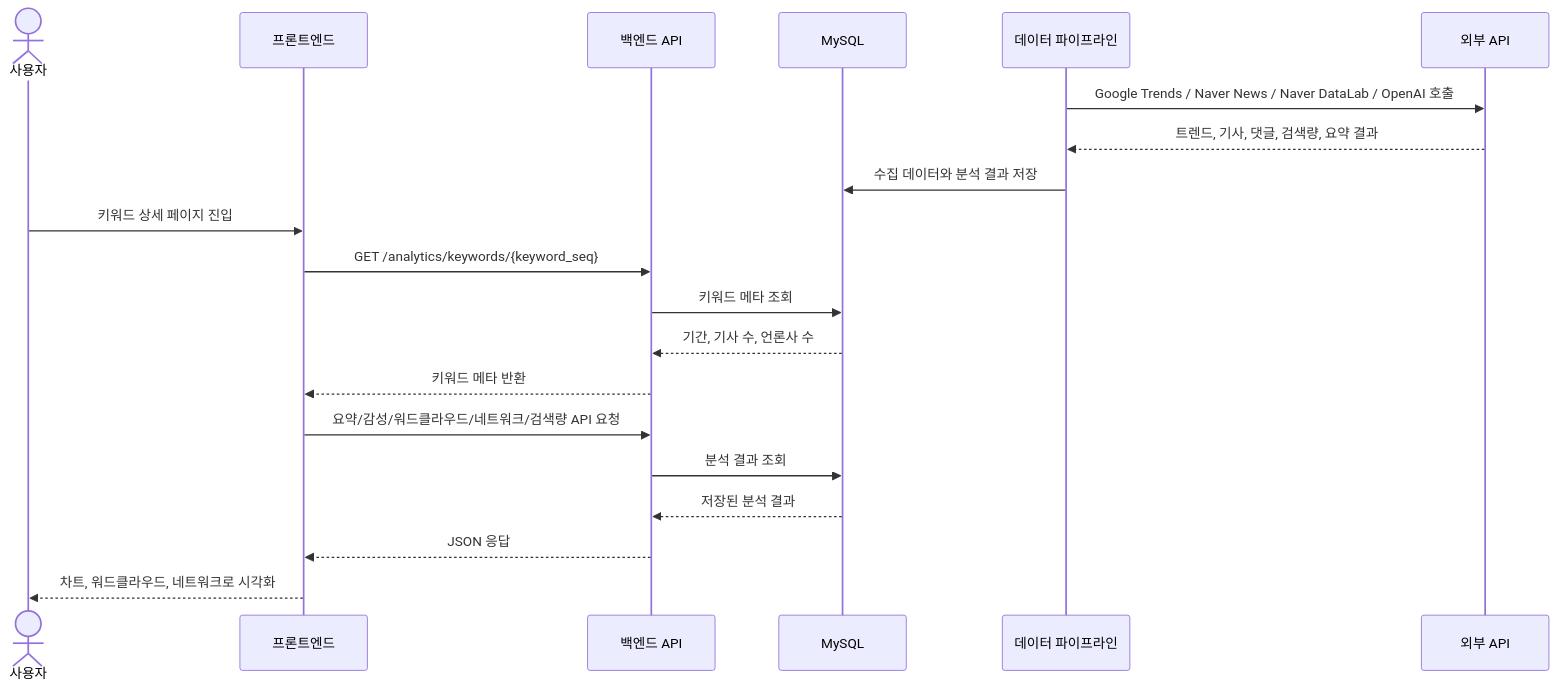
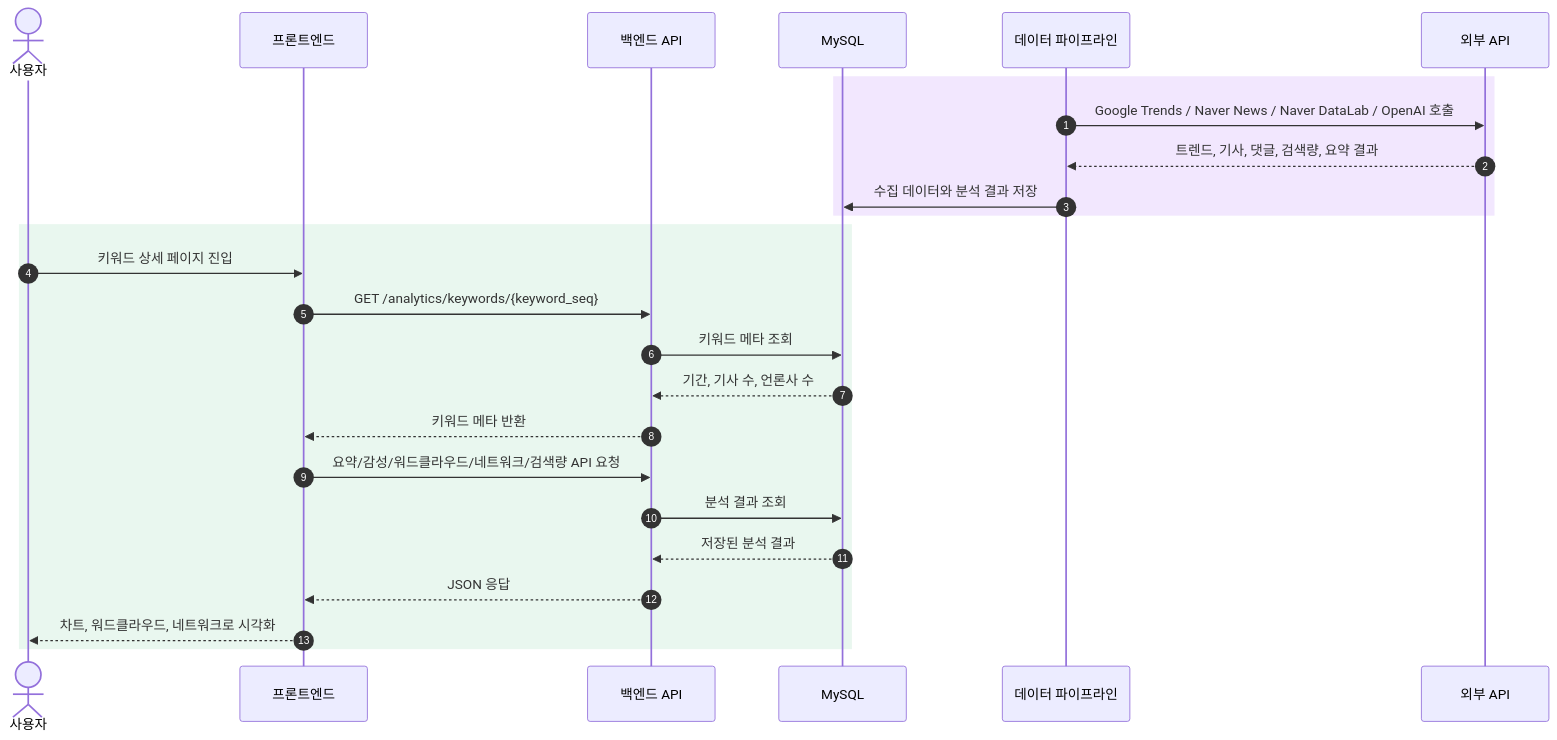
One commit to sssat/graduation-project changed the sixth of 7 diagrams in docs/architecture-draft.md. Above: the diagram before and after it, drawn with Mermaid. The commit also changed other lines of this file, not shown here.

````diff
--- a/docs/architecture-draft.md
+++ b/docs/architecture-draft.md
@@ -198,25 +290,30 @@
 ```mermaid
 sequenceDiagram
+  autonumber
   actor U as 사용자
   participant F as 프론트엔드
   participant B as 백엔드 API
   participant D as MySQL
   participant P as 데이터 파이프라인
   participant E as 외부 API
 
+  rect rgb(242, 231, 254)
   P->>E: Google Trends / Naver News / Naver DataLab / OpenAI 호출
   E-->>P: 트렌드, 기사, 댓글, 검색량, 요약 결과
   P->>D: 수집 데이터와 분석 결과 저장
+  end
 
+  rect rgb(233, 247, 239)
   U->>F: 키워드 상세 페이지 진입
   F->>B: GET /analytics/keywords/{keyword_seq}
   B->>D: 키워드 메타 조회
   D-->>B: 기간, 기사 수, 언론사 수
   B-->>F: 키워드 메타 반환
 
   F->>B: 요약/감성/워드클라우드/네트워크/검색량 API 요청
   B->>D: 분석 결과 조회
   D-->>B: 저장된 분석 결과
   B-->>F: JSON 응답
   F-->>U: 차트, 워드클라우드, 네트워크로 시각화
+  end
 ```
````
